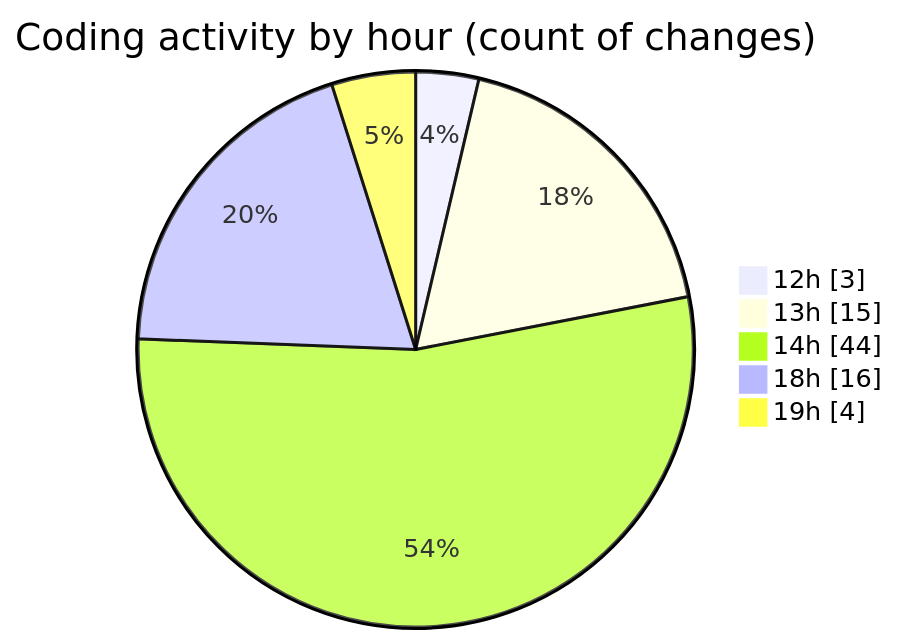
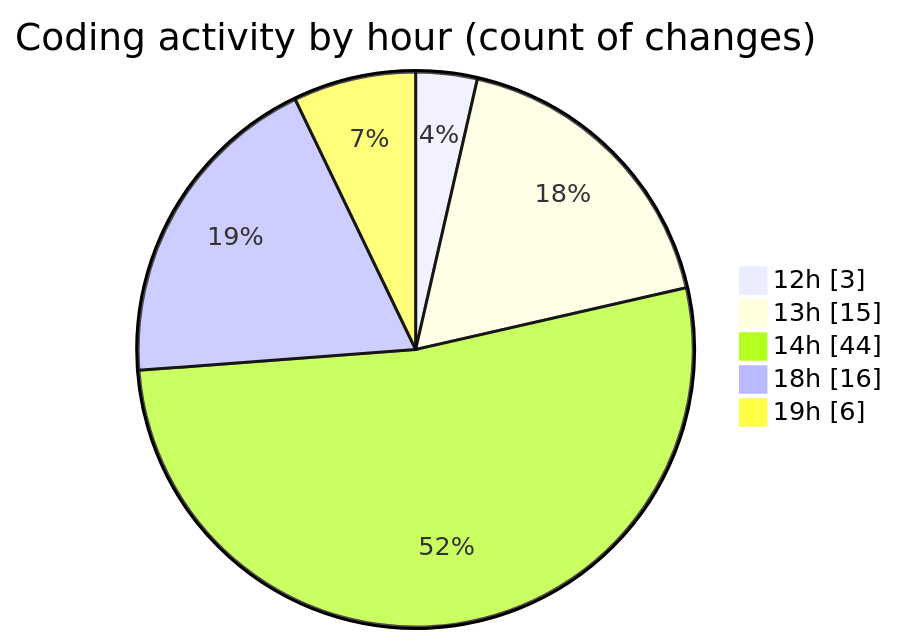
Before and after one commit to momahboobian/code-tracking: the second of 2 diagrams in 2026-02-26/car_database/README.md, drawn with Mermaid. The commit also changed other lines of this file and 1 other file, not shown here.

````diff
--- a/2026-02-26/car_database/README.md
+++ b/2026-02-26/car_database/README.md
@@ -57,9 +57,9 @@
 ```mermaid
 pie showData
 title Coding activity by hour (count of changes)
 "12h" : 3
 "13h" : 15
 "14h" : 44
 "18h" : 16
-"19h" : 4
+"19h" : 6
 ```
````
